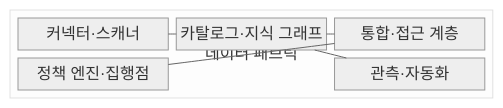
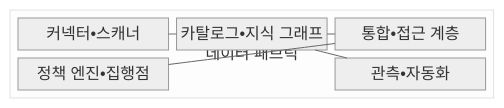
The first of 2 diagrams in src/content/docs/notes/03-software/132_data_fabric.md (agnusdei1207/knowledge-base), drawn with Mermaid (neutral theme) before and after one commit. The commit also changed other lines of this file and 953 other files, not shown here.

````diff
--- a/src/content/docs/notes/03-software/132_data_fabric.md
+++ b/src/content/docs/notes/03-software/132_data_fabric.md
@@ -69,17 +69,17 @@
 ```mermaid
 block
     columns 1
     block:FABRIC["데이터 패브릭"]
         columns 3
-        A["커넥터·스캐너"]
-        B["카탈로그·지식 그래프"]
-        C["통합·접근 계층"]
-        D["정책 엔진·집행점"]
+        A["커넥터•스캐너"]
+        B["카탈로그•지식 그래프"]
+        C["통합•접근 계층"]
+        D["정책 엔진•집행점"]
         space
-        E["관측·자동화"]
+        E["관측•자동화"]
     end
     A --- B
     B --- C
     C --- D
     B --- E
 ```
````
